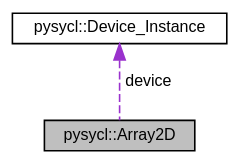
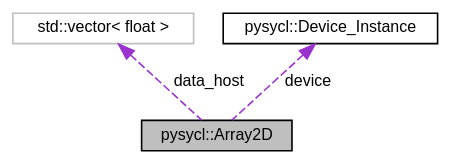
The diagram in docs/PySYCL_doxygen_html/classpysycl_1_1_array2_d__coll__graph.dot (OsmanAEG/PySYCL), drawn with Graphviz before and after one commit. The commit also changed 129 other files, not shown here.

```diff
--- a/docs/PySYCL_doxygen_html/classpysycl_1_1_array2_d__coll__graph.dot
+++ b/docs/PySYCL_doxygen_html/classpysycl_1_1_array2_d__coll__graph.dot
@@ -1,11 +1,13 @@
 digraph "pysycl::Array2D"
 {
  // INTERACTIVE_SVG=YES
  // LATEX_PDF_SIZE
   bgcolor="transparent";
   edge [fontname="Helvetica",fontsize="10",labelfontname="Helvetica",labelfontsize="10"];
   node [fontname="Helvetica",fontsize="10",shape=record];
   Node1 [label="pysycl::Array2D",height=0.2,width=0.4,color="black", fillcolor="grey75", style="filled", fontcolor="black",tooltip="Array2D class for PySYCL."];
-  Node2 -> Node1 [dir="back",color="darkorchid3",fontsize="10",style="dashed",label=" device" ,fontname="Helvetica"];
-  Node2 [label="pysycl::Device_Instance",height=0.2,width=0.4,color="black",URL="$classpysycl_1_1_device___instance.html",tooltip="Class representing a device instance."];
+  Node2 -> Node1 [dir="back",color="darkorchid3",fontsize="10",style="dashed",label=" data_host" ,fontname="Helvetica"];
+  Node2 [label="std::vector\< float \>",height=0.2,width=0.4,color="grey75",tooltip=" "];
+  Node3 -> Node1 [dir="back",color="darkorchid3",fontsize="10",style="dashed",label=" device" ,fontname="Helvetica"];
+  Node3 [label="pysycl::Device_Instance",height=0.2,width=0.4,color="black",URL="$classpysycl_1_1_device___instance.html",tooltip="Class representing a device instance."];
 }
```
